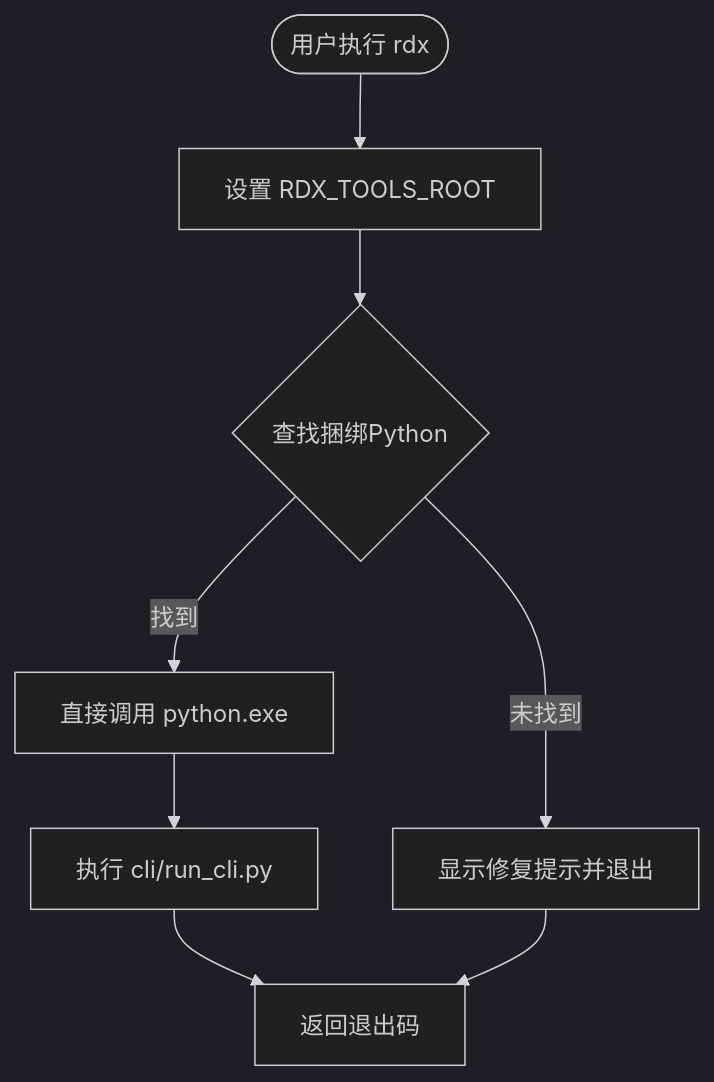
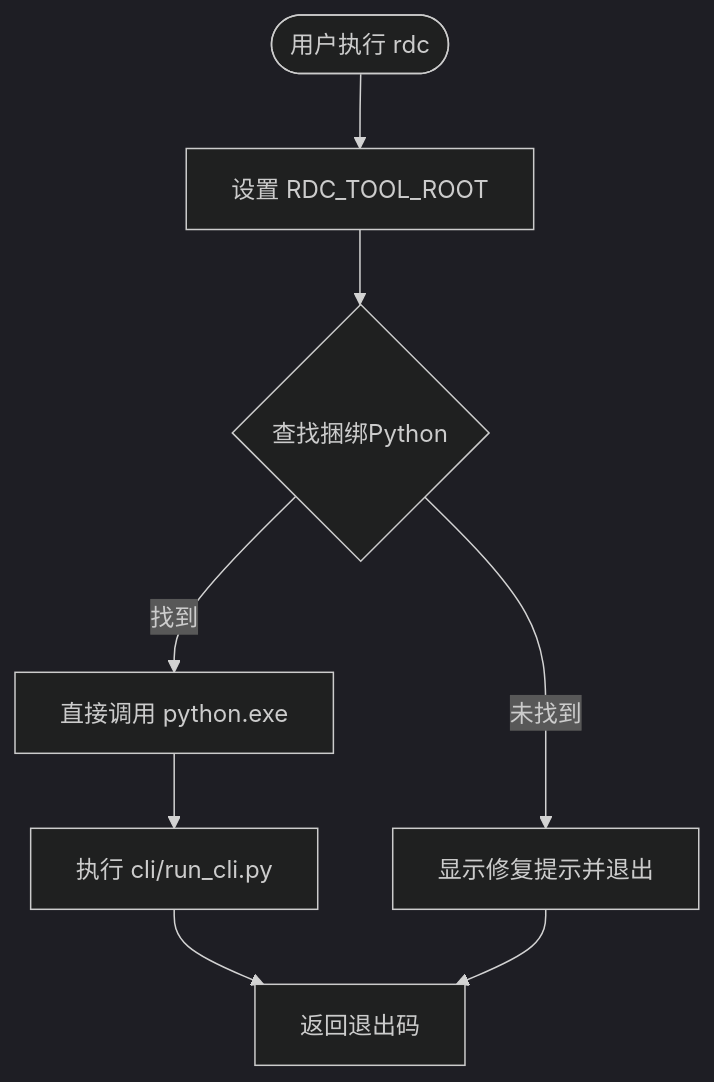
Before and after one commit to haolange/RDC-Tool: the fourth of 9 diagrams in .qoder/repowiki/zh/content/部署和发布/构建系统.md, drawn with Mermaid (dark theme). The commit also changed other lines of this file and 388 other files, not shown here.

First line of the commit message:
Release RDC-Tool identity and public maintenance surface

````diff
--- a/.qoder/repowiki/zh/content/部署和发布/构建系统.md
+++ b/.qoder/repowiki/zh/content/部署和发布/构建系统.md
@@ -184,10 +184,10 @@
 ```mermaid
 flowchart TD
-Start(["用户执行 rdx"]) --> CheckEnv["设置 RDX_TOOLS_ROOT"]
+Start(["用户执行 rdc"]) --> CheckEnv["设置 RDC_TOOL_ROOT"]
 CheckEnv --> LocatePy{"查找捆绑Python"}
 LocatePy --> |找到| Execute["直接调用 python.exe"]
 LocatePy --> |未找到| Error["显示修复提示并退出"]
 Execute --> CLICall["执行 cli/run_cli.py"]
 CLICall --> Exit["返回退出码"]
 Error --> Exit
 ```
````
